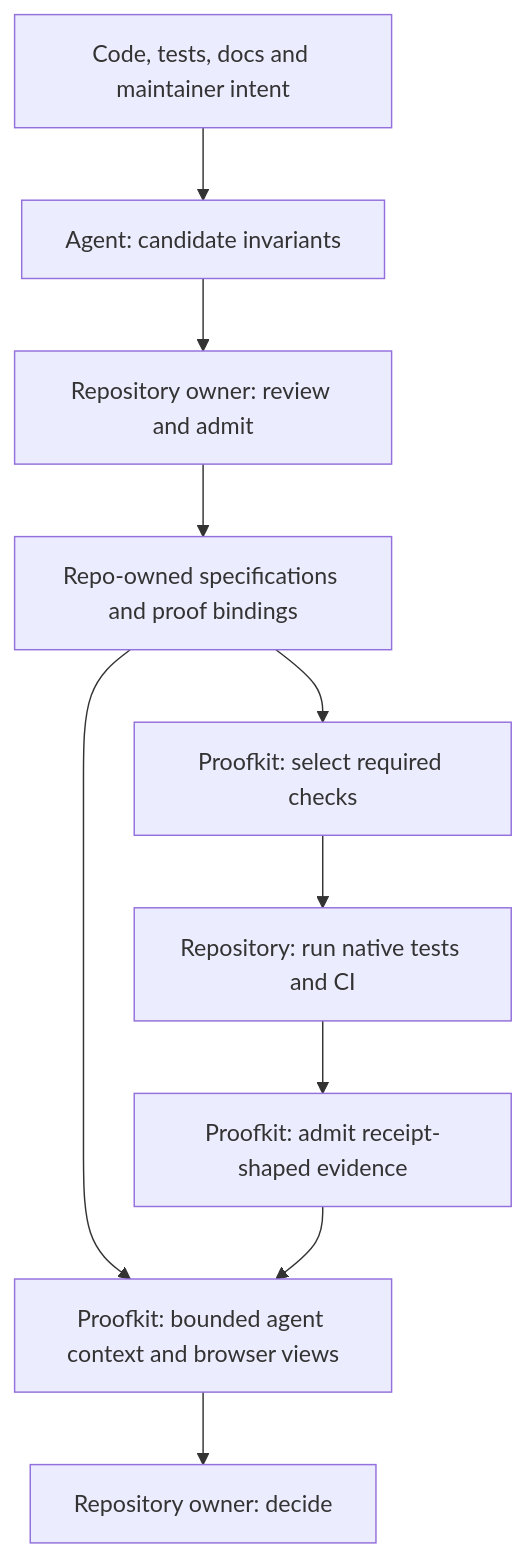
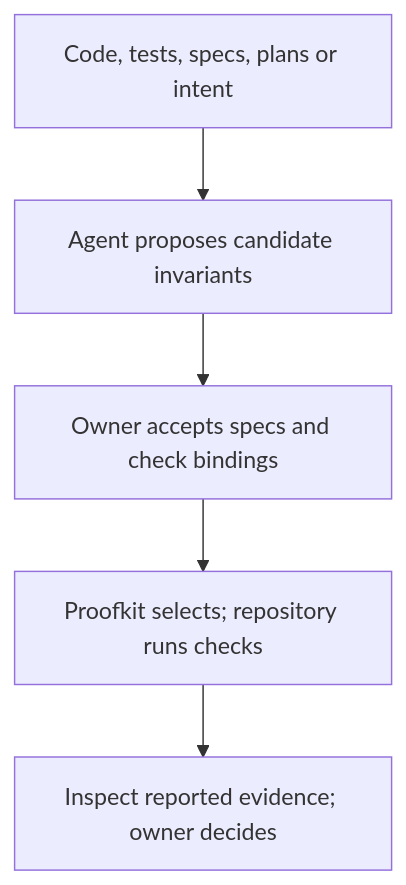
The diagram in README.md (research-engineering/agentic-proofkit), drawn with Mermaid before and after one commit. The commit also changed other lines of this file and 4 other files, not shown here.

````diff
--- a/README.md
+++ b/README.md
@@ -44,12 +44,7 @@
 ```mermaid
 flowchart TB
-    Observations["Code, tests, docs and maintainer intent"] --> Candidates["Agent: candidate invariants"]
-    Candidates --> Review["Repository owner: review and admit"]
-    Review --> Specs["Repo-owned specifications and proof bindings"]
-    Specs --> Checks["Proofkit: select required checks"]
-    Checks --> Native["Repository: run native tests and CI"]
-    Native --> Evidence["Proofkit: admit receipt-shaped evidence"]
-    Specs --> Views["Proofkit: bounded agent context and browser views"]
-    Evidence --> Views
-    Views --> Decision["Repository owner: decide"]
+    Sources["Code, tests, specs, plans or intent"] --> Draft["Agent proposes candidate invariants"]
+    Draft --> Spec["Owner accepts specs and check bindings"]
+    Spec --> Run["Proofkit selects; repository runs checks"]
+    Run --> Review["Inspect reported evidence; owner decides"]
 ```
````
